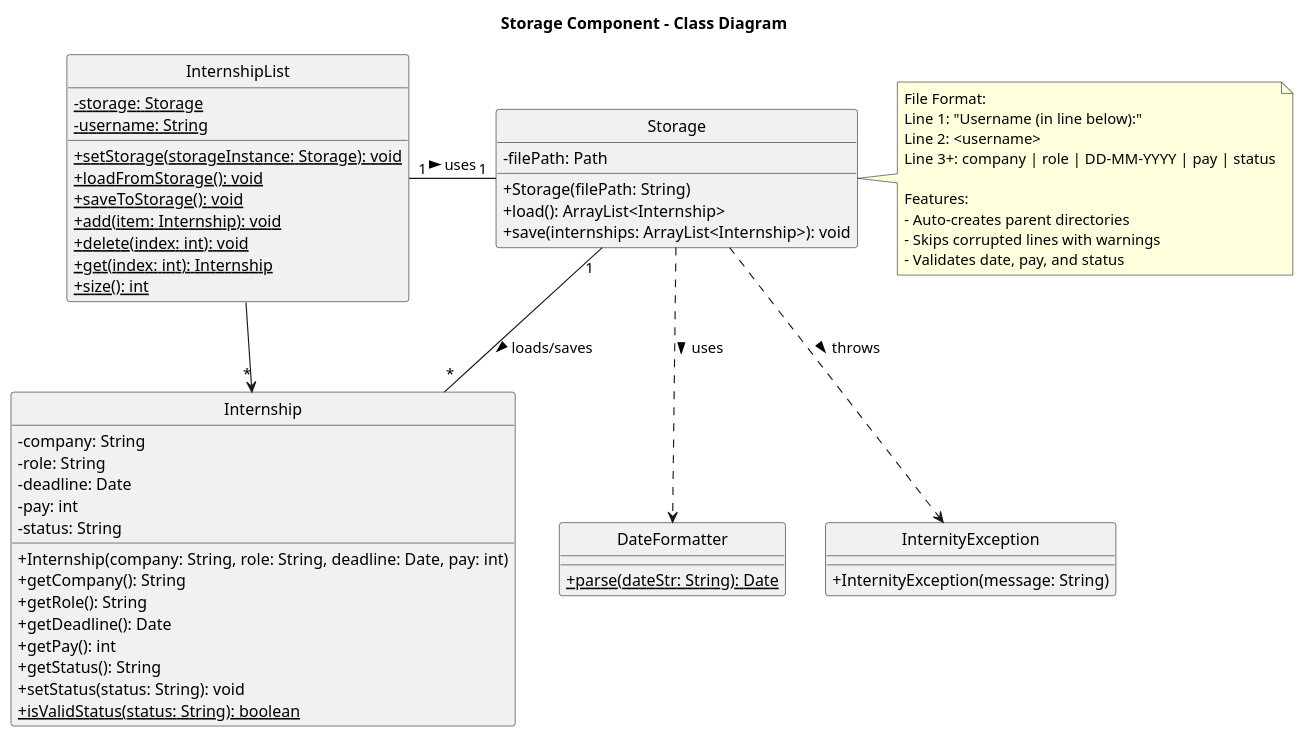
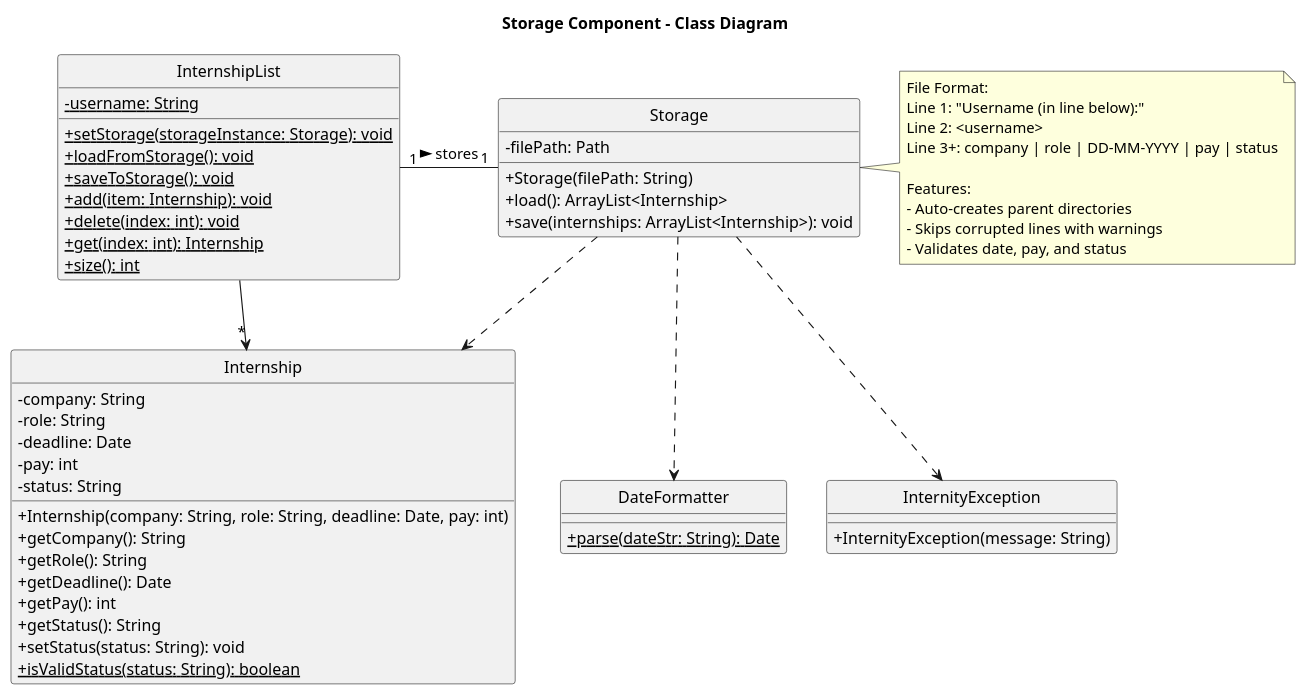
Before and after one commit to AY2526S1-CS2113-W14-4/tp: the diagram in docs/diagrams/StorageCD.puml, drawn with PlantUML. The commit also changed 8 other files, not shown here.

Commit message:
Fix diagrams

```diff
--- a/docs/diagrams/StorageCD.puml
+++ b/docs/diagrams/StorageCD.puml
@@ -1,69 +1,68 @@
 @startuml
 title Storage Component - Class Diagram
 hide circle
 skinparam classAttributeIconSize 0
 class Storage {
     - filePath: Path
     __
     + Storage(filePath: String)
     + load(): ArrayList<Internship>
     + save(internships: ArrayList<Internship>): void
 }
 
 class InternshipList {
-    - {static} storage: Storage
     - {static} username: String
     __
     + {static} setStorage(storageInstance: Storage): void
     + {static} loadFromStorage(): void
     + {static} saveToStorage(): void
     + {static} add(item: Internship): void
     + {static} delete(index: int): void
     + {static} get(index: int): Internship
     + {static} size(): int
 }
 
 class Internship {
     - company: String
     - role: String
     - deadline: Date
     - pay: int
     - status: String
     __
     + Internship(company: String, role: String, deadline: Date, pay: int)
     + getCompany(): String
     + getRole(): String
     + getDeadline(): Date
     + getPay(): int
     + getStatus(): String
     + setStatus(status: String): void
     + {static} isValidStatus(status: String): boolean
 }
 
 class DateFormatter {
     + {static} parse(dateStr: String): Date
 }
 
 class InternityException {
     + InternityException(message: String)
 }
 
 note right of Storage
   File Format:
   Line 1: "Username (in line below):"
   Line 2: <username>
   Line 3+: company | role | DD-MM-YYYY | pay | status
 
   Features:
   - Auto-creates parent directories
   - Skips corrupted lines with warnings
   - Validates date, pay, and status
 end note
 
-Storage "1" - "*" Internship : loads/saves >
-Storage ..> DateFormatter : uses >
-Storage ..> InternityException : throws >
-InternshipList "1" - "1" Storage : uses >
+Storage ..> Internship
+Storage ..> DateFormatter
+Storage ..> InternityException
+InternshipList "1" - "1" Storage : stores >
 InternshipList --> "*" Internship
 
 @enduml
```
